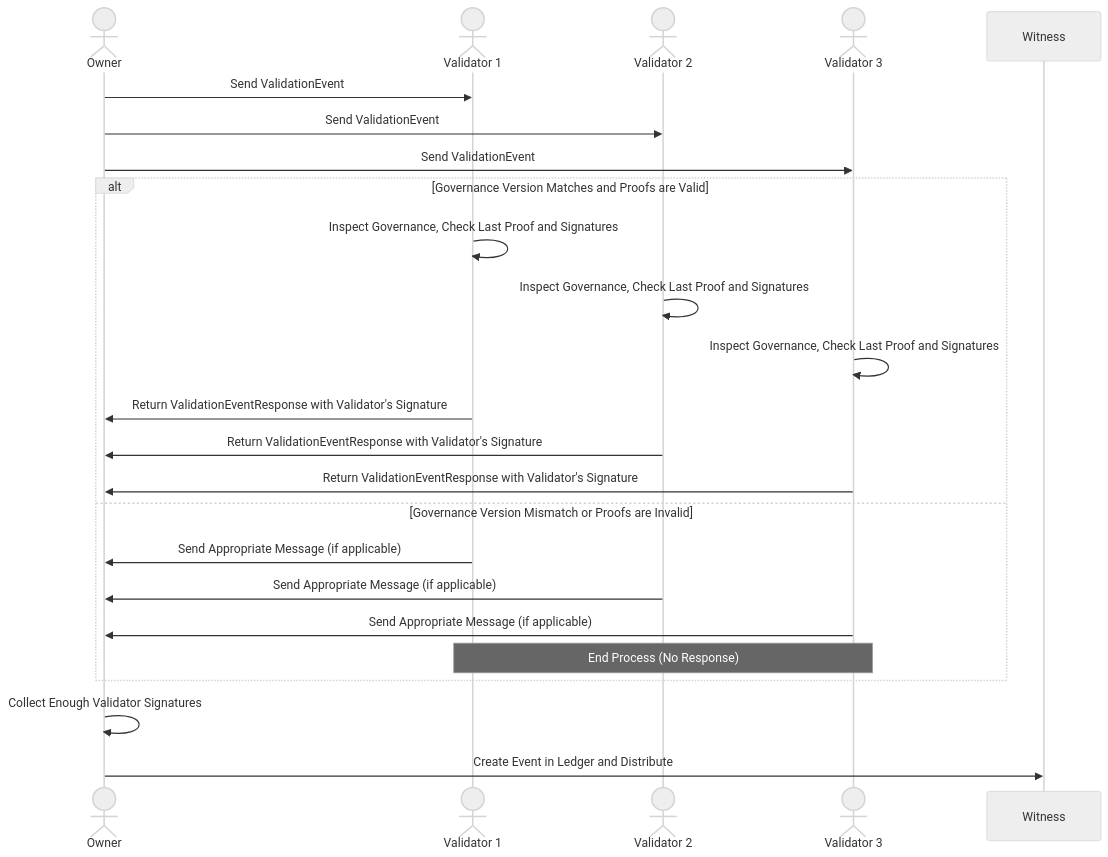
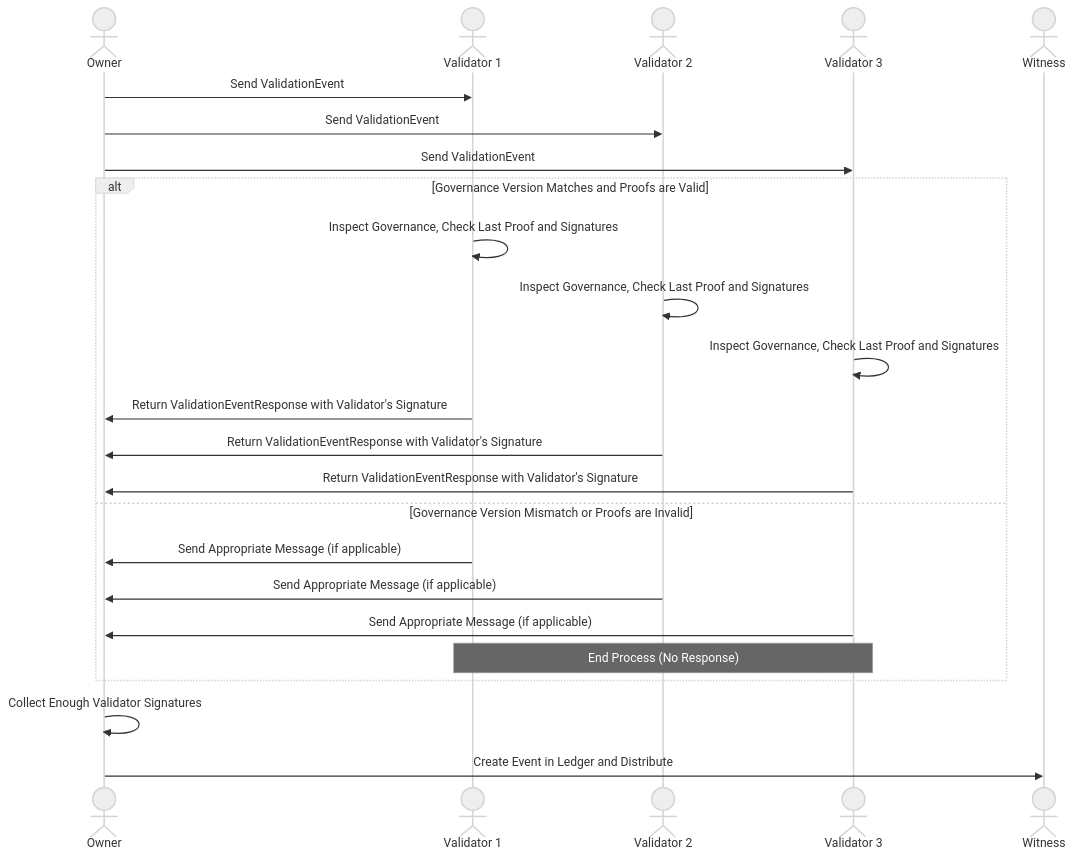
One commit to opencanarias/taple-docsite changed the diagram in docs/discover/event-validation-process.md. Above: the diagram before and after it, drawn with Mermaid (neutral theme).

Commit message:
fix: validation process uml diagram

````diff
--- a/docs/discover/event-validation-process.md
+++ b/docs/discover/event-validation-process.md
@@ -65,28 +65,29 @@
 ```mermaid
 sequenceDiagram
 actor Owner as Owner
 actor Validator1 as Validator 1
 actor Validator2 as Validator 2
 actor Validator3 as Validator 3
+actor Witness as Witness
 
 Owner->>Validator1: Send ValidationEvent
 Owner->>Validator2: Send ValidationEvent
 Owner->>Validator3: Send ValidationEvent
 
 alt Governance Version Matches and Proofs are Valid
     Validator1->>Validator1: Inspect Governance, Check Last Proof and Signatures
     Validator2->>Validator2: Inspect Governance, Check Last Proof and Signatures
     Validator3->>Validator3: Inspect Governance, Check Last Proof and Signatures
     Validator1->>Owner: Return ValidationEventResponse with Validator's Signature
     Validator2->>Owner: Return ValidationEventResponse with Validator's Signature
     Validator3->>Owner: Return ValidationEventResponse with Validator's Signature
 else Governance Version Mismatch or Proofs are Invalid
     Validator1->>Owner: Send Appropriate Message (if applicable)
     Validator2->>Owner: Send Appropriate Message (if applicable)
     Validator3->>Owner: Send Appropriate Message (if applicable)
     Note over Validator1,Validator3: End Process (No Response)
 end
 
 Owner->>Owner: Collect Enough Validator Signatures
 Owner->>Witness: Create Event in Ledger and Distribute
 ```
````
